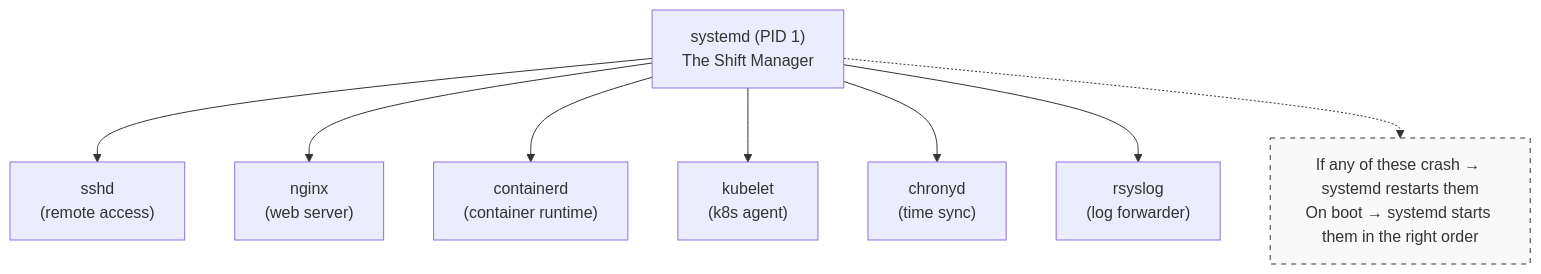
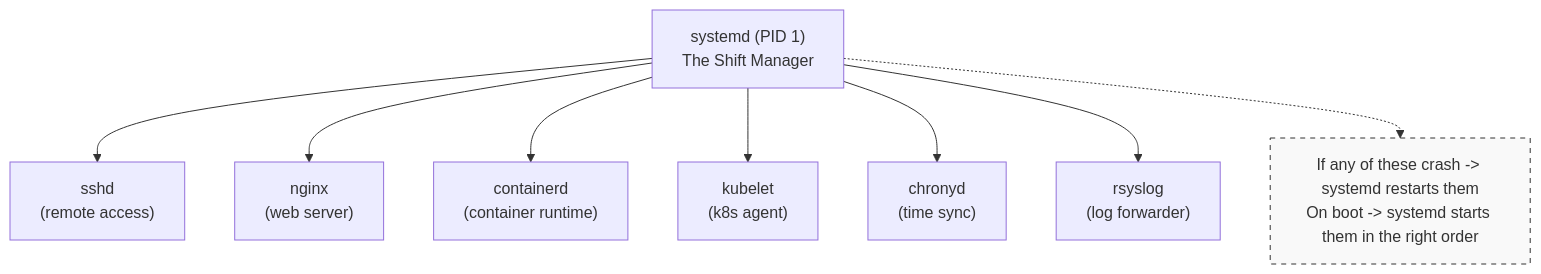
Before and after one commit to kube-dojo/kube-dojo: the first of 2 diagrams in src/content/docs/linux/foundations/everyday-use/module-0.4-services-logs.md, drawn with Mermaid. The commit also changed other lines of this file, not shown here.

````diff
--- a/src/content/docs/linux/foundations/everyday-use/module-0.4-services-logs.md
+++ b/src/content/docs/linux/foundations/everyday-use/module-0.4-services-logs.md
@@ -96,15 +66,15 @@
 ```mermaid
 flowchart TD
     systemd["systemd (PID 1)<br/>The Shift Manager"]
     
     systemd --> sshd["sshd<br/>(remote access)"]
     systemd --> nginx["nginx<br/>(web server)"]
     systemd --> containerd["containerd<br/>(container runtime)"]
     systemd --> kubelet["kubelet<br/>(k8s agent)"]
     systemd --> chronyd["chronyd<br/>(time sync)"]
     systemd --> rsyslog["rsyslog<br/>(log forwarder)"]
 
     classDef note fill:#f9f9f9,stroke:#333,stroke-dasharray: 5 5;
-    Note["If any of these crash → systemd restarts them<br/>On boot → systemd starts them in the right order"]:::note
+    Note["If any of these crash -> systemd restarts them<br/>On boot -> systemd starts them in the right order"]:::note
     systemd -.-> Note
 ```
````
